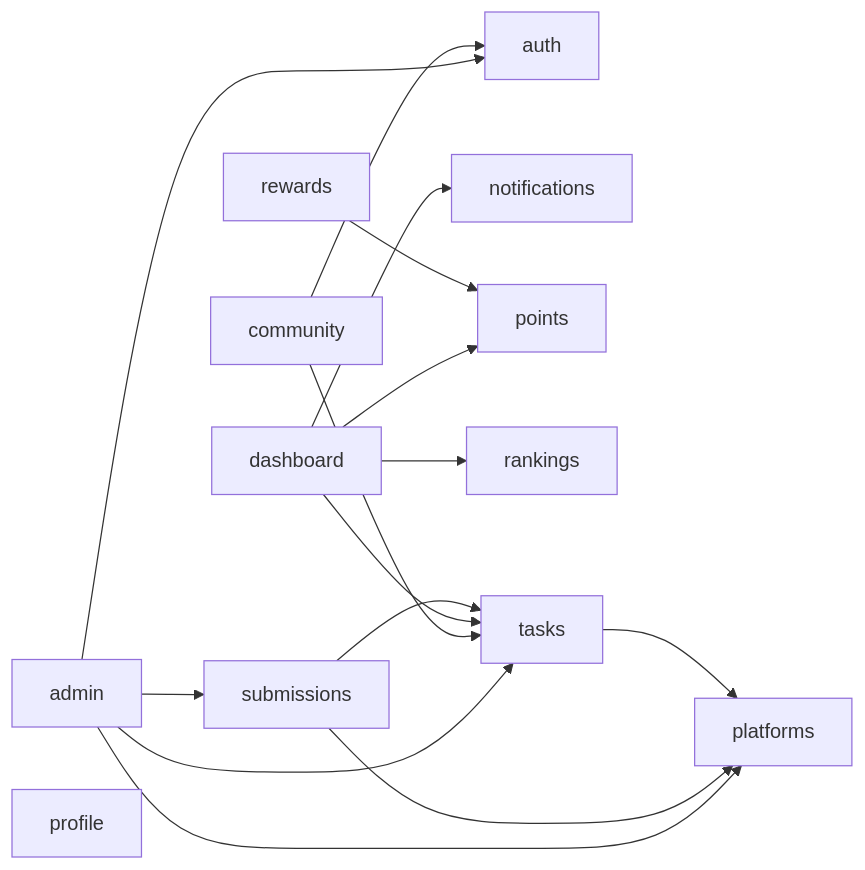
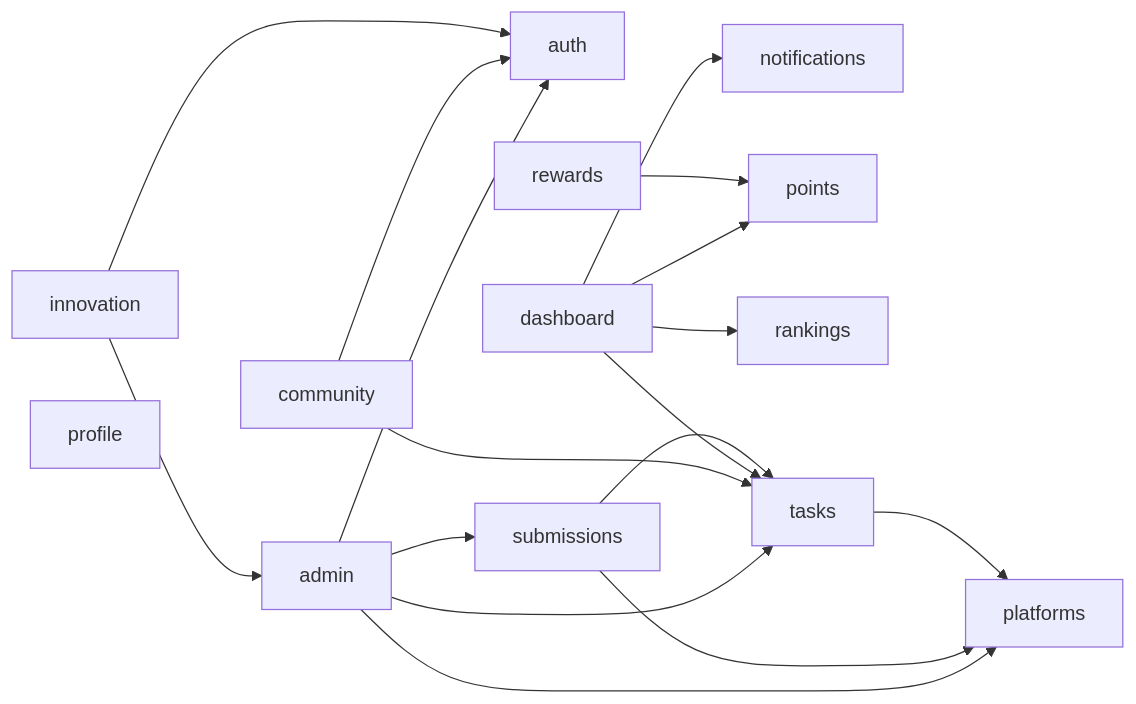
Before and after one commit to Penghuige/campus-quest: the second of 2 diagrams in docs/architecture/as-built.md, drawn with Mermaid. The commit also changed other lines of this file and 4 other files, not shown here.

````diff
--- a/docs/architecture/as-built.md
+++ b/docs/architecture/as-built.md
@@ -120,29 +122,32 @@
 ```mermaid
 flowchart LR
     fe_admin[admin]
     fe_auth[auth]
     fe_community[community]
     fe_dashboard[dashboard]
+    fe_innovation[innovation]
     fe_notifications[notifications]
     fe_platforms[platforms]
     fe_points[points]
     fe_profile[profile]
     fe_rankings[rankings]
     fe_rewards[rewards]
     fe_submissions[submissions]
     fe_tasks[tasks]
     fe_admin --> fe_auth
     fe_admin --> fe_platforms
     fe_admin --> fe_submissions
     fe_admin --> fe_tasks
     fe_community --> fe_auth
     fe_community --> fe_tasks
     fe_dashboard --> fe_notifications
     fe_dashboard --> fe_points
     fe_dashboard --> fe_rankings
     fe_dashboard --> fe_tasks
+    fe_innovation --> fe_admin
+    fe_innovation --> fe_auth
     fe_rewards --> fe_points
     fe_submissions --> fe_platforms
     fe_submissions --> fe_tasks
     fe_tasks --> fe_platforms
 ```
````
